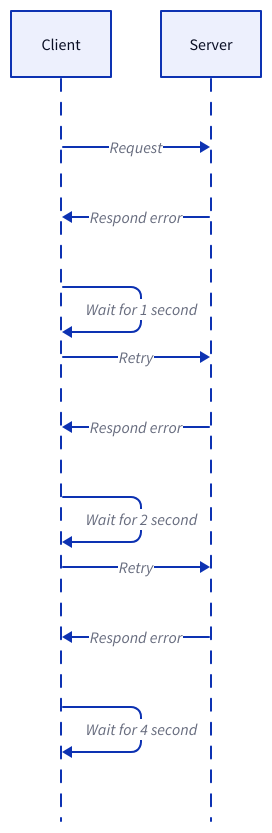
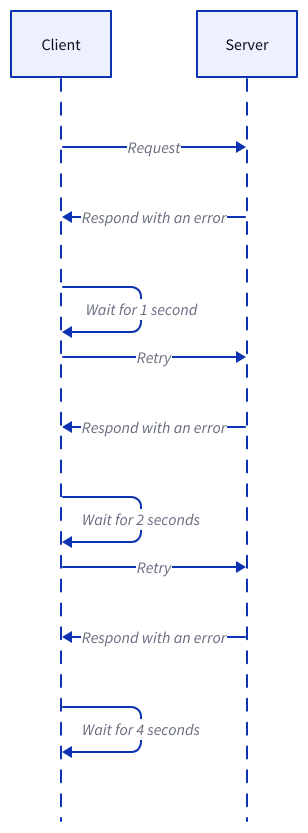
One commit to link1905/system-design-101 changed the sixth of 7 diagrams in content/system-administration/system-protection/rate-limiting.md. Above: the diagram before and after it, drawn with D2. The commit also changed other lines of this file and 42 other files, not shown here.

````diff
--- a/content/system-administration/system-protection/rate-limiting.md
+++ b/content/system-administration/system-protection/rate-limiting.md
@@ -237,24 +217,24 @@
 ```d2
 shape: sequence_diagram
 c: Client {
   class: client
 }
 s: Server {
   class: server
 }
 c -> s: Request
-s -> c: Respond error {
+s -> c: Respond with an error {
   class: error-conn
 }
 c -> c: Wait for 1 second
 c -> s: Retry
-s -> c: Respond error {
+s -> c: Respond with an error {
   class: error-conn
 }
-c -> c: Wait for 2 second
+c -> c: Wait for 2 seconds
 c -> s: Retry
-s -> c: Respond error {
+s -> c: Respond with an error {
   class: error-conn
 }
-c -> c: Wait for 4 second
+c -> c: Wait for 4 seconds
 ```
````
